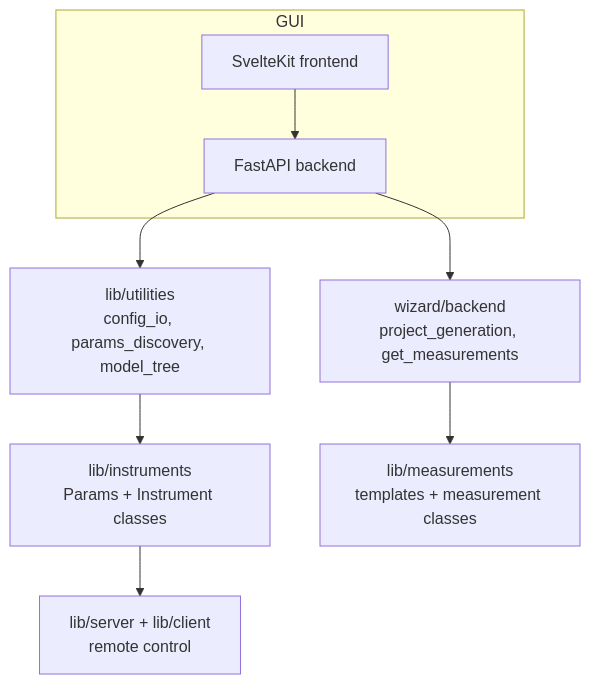
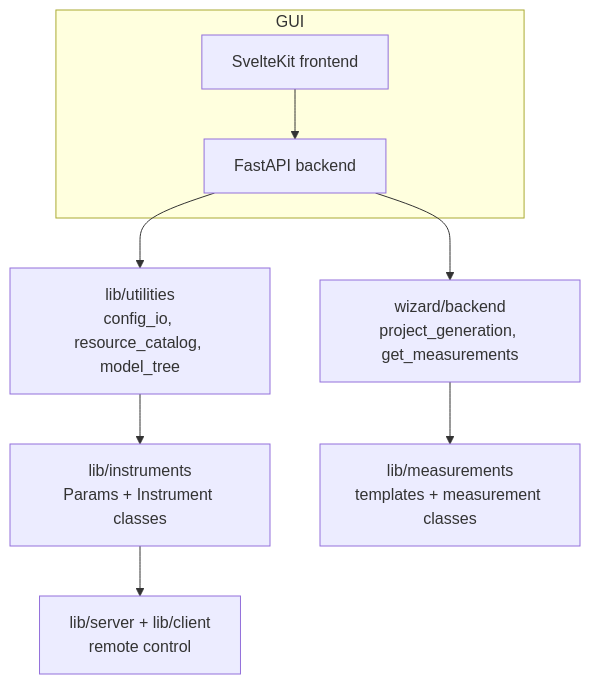
The first of 2 diagrams in docs/concepts/architecture.md (sansseriff/lab-wizard), drawn with Mermaid before and after one commit. The commit also changed other lines of this file and 130 other files, not shown here.

````diff
--- a/docs/concepts/architecture.md
+++ b/docs/concepts/architecture.md
@@ -33,11 +33,11 @@
 ```mermaid
 graph TD
     subgraph GUI
         FE[SvelteKit frontend] --> BE[FastAPI backend]
     end
-    BE --> UTIL[lib/utilities<br/>config_io, params_discovery, model_tree]
+    BE --> UTIL[lib/utilities<br/>config_io, resource_catalog, model_tree]
     UTIL --> INST[lib/instruments<br/>Params + Instrument classes]
     BE --> GEN[wizard/backend<br/>project_generation, get_measurements]
     GEN --> MEAS[lib/measurements<br/>templates + measurement classes]
     INST --> SRV[lib/server + lib/client<br/>remote control]
 ```
````
